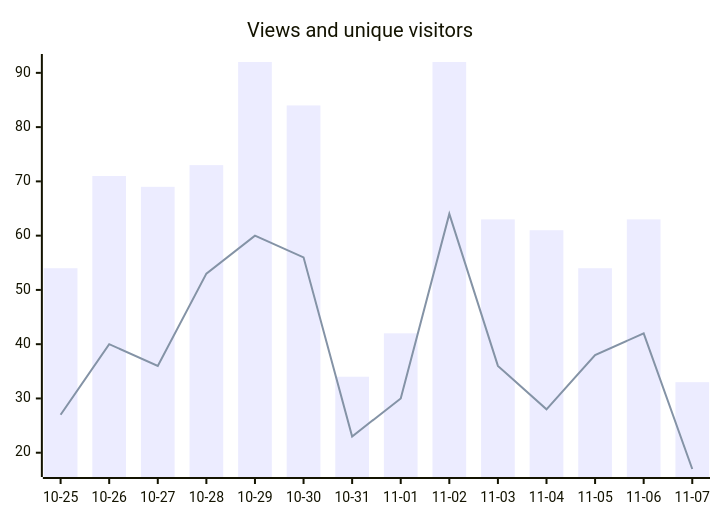
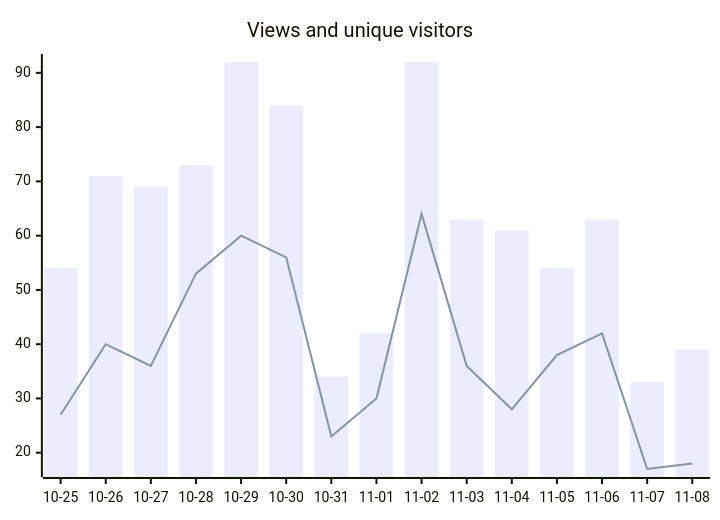
One commit to fmadore/Live-translation changed the second of 2 diagrams in README.md. Above: the diagram before and after it, drawn with Mermaid. The commit also changed other lines of this file and 3 other files, not shown here.

````diff
--- a/README.md
+++ b/README.md
@@ -68,7 +73,7 @@
 ```mermaid
 xychart-beta
     title "Views and unique visitors"
-    x-axis ["10-25", "10-26", "10-27", "10-28", "10-29", "10-30", "10-31", "11-01", "11-02", "11-03", "11-04", "11-05", "11-06", "11-07"]
-    bar [54, 71, 69, 73, 92, 84, 34, 42, 92, 63, 61, 54, 63, 33]
-    line [27, 40, 36, 53, 60, 56, 23, 30, 64, 36, 28, 38, 42, 17]
+    x-axis ["10-25", "10-26", "10-27", "10-28", "10-29", "10-30", "10-31", "11-01", "11-02", "11-03", "11-04", "11-05", "11-06", "11-07", "11-08"]
+    bar [54, 71, 69, 73, 92, 84, 34, 42, 92, 63, 61, 54, 63, 33, 39]
+    line [27, 40, 36, 53, 60, 56, 23, 30, 64, 36, 28, 38, 42, 17, 18]
 ```
````
